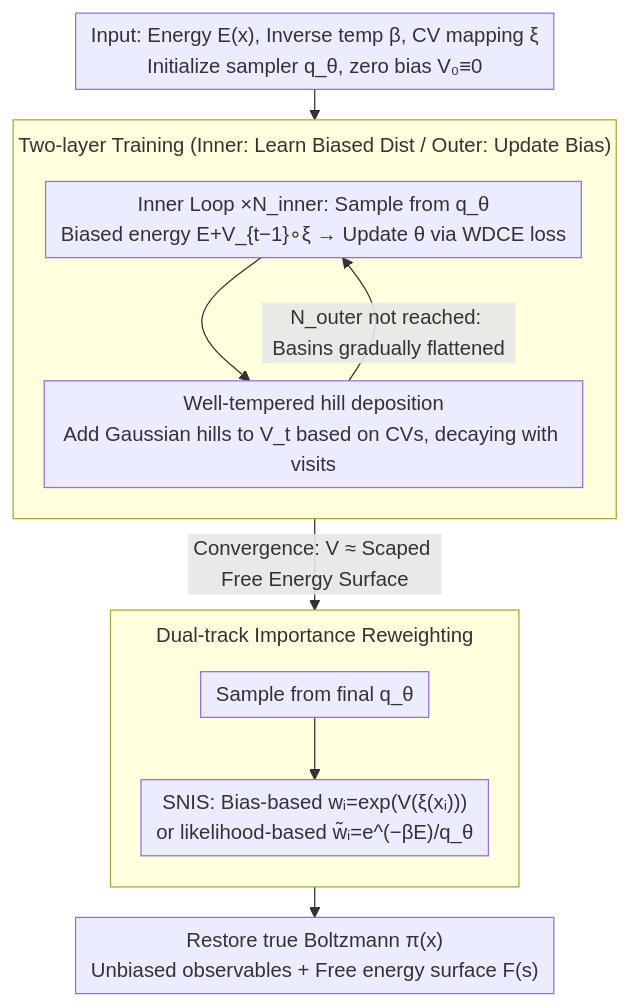
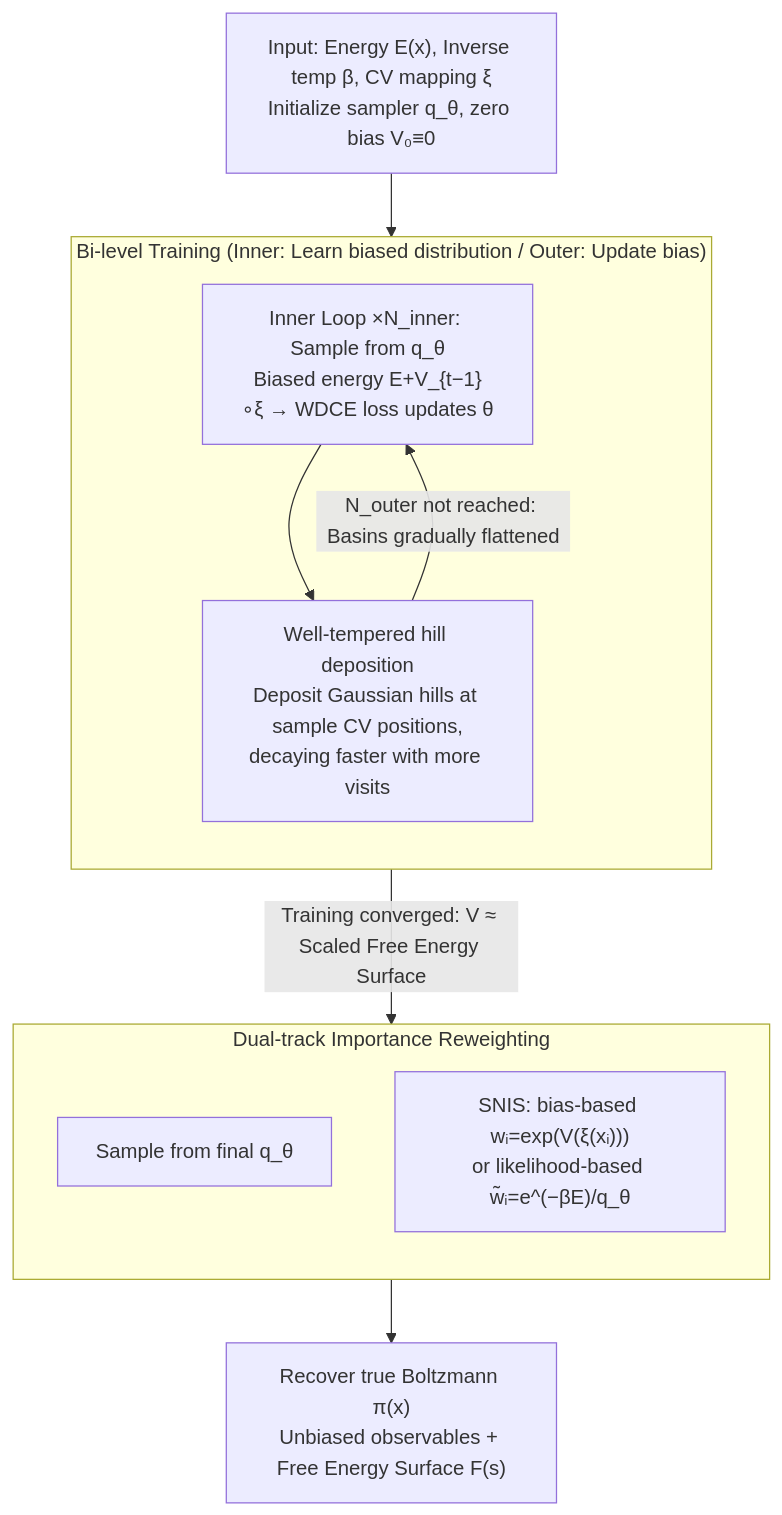
The diagram in docs/ICML2026/others/metadns_enhancing_exploration_in_discrete_neural_samplers_via_well-tempered_meta.md (zhaoyang97/Paper-Notes-en), drawn with Mermaid before and after one commit. The commit also changed other lines of this file and 5084 other files, not shown here.

````diff
--- a/docs/ICML2026/others/metadns_enhancing_exploration_in_discrete_neural_samplers_via_well-tempered_meta.md
+++ b/docs/ICML2026/others/metadns_enhancing_exploration_in_discrete_neural_samplers_via_well-tempered_meta.md
@@ -47,20 +47,19 @@
 ```mermaid
-%%{init: {'flowchart': {'rankSpacing': 24, 'nodeSpacing': 28, 'padding': 6, 'wrappingWidth': 400, 'subGraphTitleMargin': {'top': 8, 'bottom': 16}}}}%%
-flowchart TD
+graph TD
     I["Input: Energy E(x), Inverse temp β, CV mapping ξ<br/>Initialize sampler q_θ, zero bias V₀≡0"]
     I --> TRAIN
-    subgraph TRAIN["Two-layer Training (Inner: Learn Biased Dist / Outer: Update Bias)"]
+    subgraph TRAIN["Bi-level Training (Inner: Learn biased distribution / Outer: Update bias)"]
         direction TB
-        A["Inner Loop ×N_inner: Sample from q_θ<br/>Biased energy E+V_{t−1}∘ξ → Update θ via WDCE loss"]
-        B["Well-tempered hill deposition<br/>Add Gaussian hills to V_t based on CVs, decaying with visits"]
+        A["Inner Loop ×N_inner: Sample from q_θ<br/>Biased energy E+V_{t−1}∘ξ → WDCE loss updates θ"]
+        B["Well-tempered hill deposition<br/>Deposit Gaussian hills at sample CV positions,<br/>decaying faster with more visits"]
         A --> B
         B -->|"N_outer not reached: Basins gradually flattened"| A
     end
-    TRAIN -->|"Convergence: V ≈ Scaped Free Energy Surface"| C
+    TRAIN -->|"Training converged: V ≈ Scaled Free Energy Surface"| C
     subgraph INFER["Dual-track Importance Reweighting"]
         direction TB
         C["Sample from final q_θ"]
-        C --> D["SNIS: Bias-based wᵢ=exp(V(ξ(xᵢ)))<br/>or likelihood-based w̃ᵢ=e^(−βE)/q_θ"]
+        D["SNIS: bias-based wᵢ=exp(V(ξ(xᵢ)))<br/>or likelihood-based w̃ᵢ=e^(−βE)/q_θ"]
     end
-    D --> O["Restore true Boltzmann π(x)<br/>Unbiased observables + Free energy surface F(s)"]
+    D --> O["Recover true Boltzmann π(x)<br/>Unbiased observables + Free Energy Surface F(s)"]
 ```
````
